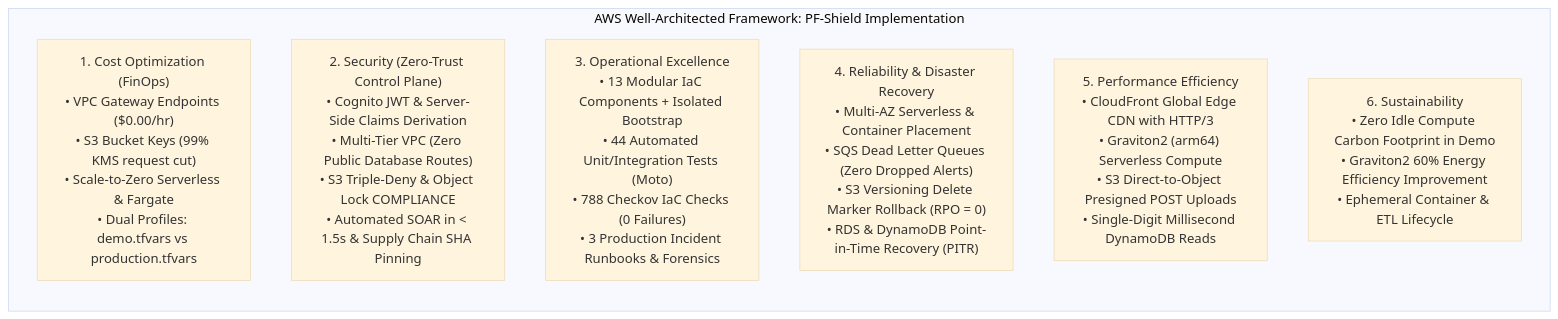
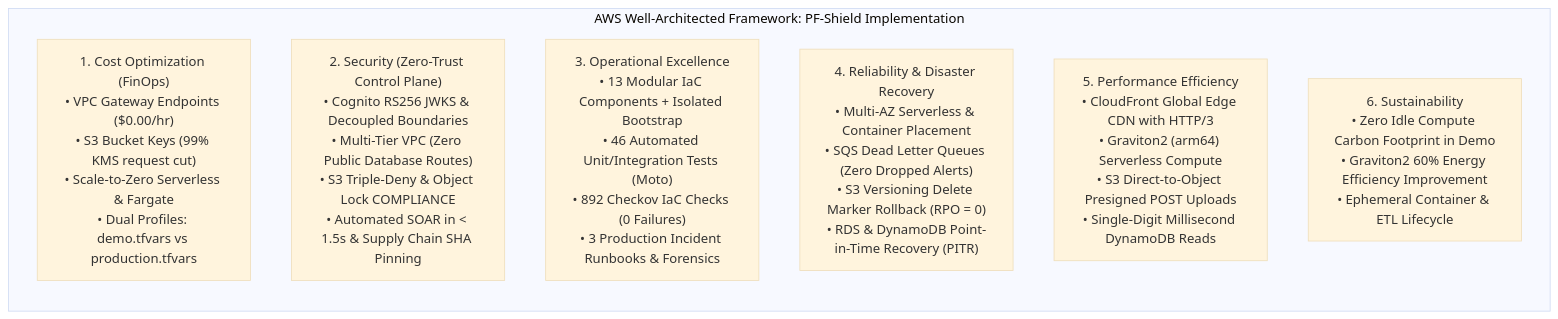
One commit to yousef-usama/pf-shield-cloud-security changed the diagram in docs/WELL_ARCHITECTED_REVIEW.md. Above: the diagram before and after it, drawn with Mermaid (base theme). The commit also changed other lines of this file and 32 other files, not shown here.

Commit message:
fix(security): resolve ecs kyc jwks auth, dedicated iam boundaries, s3 perimeter allowlist, route53 alb cert, and event-driven sqs scanner

````diff
--- a/docs/WELL_ARCHITECTED_REVIEW.md
+++ b/docs/WELL_ARCHITECTED_REVIEW.md
@@ -13,12 +13,12 @@
 ```mermaid
 flowchart TD
     subgraph SixPillars ["AWS Well-Architected Framework: PF-Shield Implementation"]
         direction TB
         P1["1. Cost Optimization (FinOps)<br/>• VPC Gateway Endpoints ($0.00/hr)<br/>• S3 Bucket Keys (99% KMS request cut)<br/>• Scale-to-Zero Serverless & Fargate<br/>• Dual Profiles: demo.tfvars vs production.tfvars"]
-        P2["2. Security (Zero-Trust Control Plane)<br/>• Cognito JWT & Server-Side Claims Derivation<br/>• Multi-Tier VPC (Zero Public Database Routes)<br/>• S3 Triple-Deny & Object Lock COMPLIANCE<br/>• Automated SOAR in < 1.5s & Supply Chain SHA Pinning"]
-        P3["3. Operational Excellence<br/>• 13 Modular IaC Components + Isolated Bootstrap<br/>• 44 Automated Unit/Integration Tests (Moto)<br/>• 788 Checkov IaC Checks (0 Failures)<br/>• 3 Production Incident Runbooks & Forensics"]
+        P2["2. Security (Zero-Trust Control Plane)<br/>• Cognito RS256 JWKS & Decoupled Boundaries<br/>• Multi-Tier VPC (Zero Public Database Routes)<br/>• S3 Triple-Deny & Object Lock COMPLIANCE<br/>• Automated SOAR in < 1.5s & Supply Chain SHA Pinning"]
+        P3["3. Operational Excellence<br/>• 13 Modular IaC Components + Isolated Bootstrap<br/>• 46 Automated Unit/Integration Tests (Moto)<br/>• 892 Checkov IaC Checks (0 Failures)<br/>• 3 Production Incident Runbooks & Forensics"]
         P4["4. Reliability & Disaster Recovery<br/>• Multi-AZ Serverless & Container Placement<br/>• SQS Dead Letter Queues (Zero Dropped Alerts)<br/>• S3 Versioning Delete Marker Rollback (RPO = 0)<br/>• RDS & DynamoDB Point-in-Time Recovery (PITR)"]
         P5["5. Performance Efficiency<br/>• CloudFront Global Edge CDN with HTTP/3<br/>• Graviton2 (arm64) Serverless Compute<br/>• S3 Direct-to-Object Presigned POST Uploads<br/>• Single-Digit Millisecond DynamoDB Reads"]
         P6["6. Sustainability<br/>• Zero Idle Compute Carbon Footprint in Demo<br/>• Graviton2 60% Energy Efficiency Improvement<br/>• Ephemeral Container & ETL Lifecycle"]
     end
 ```
````
